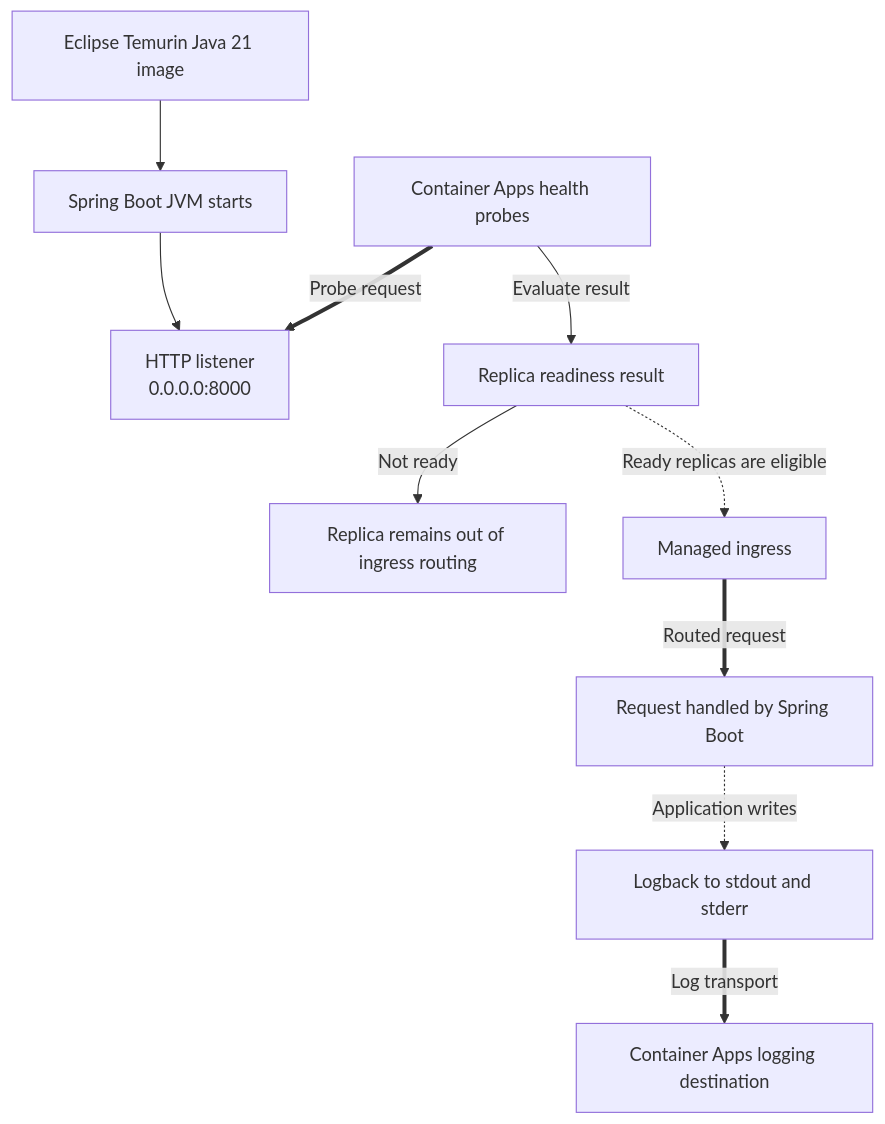
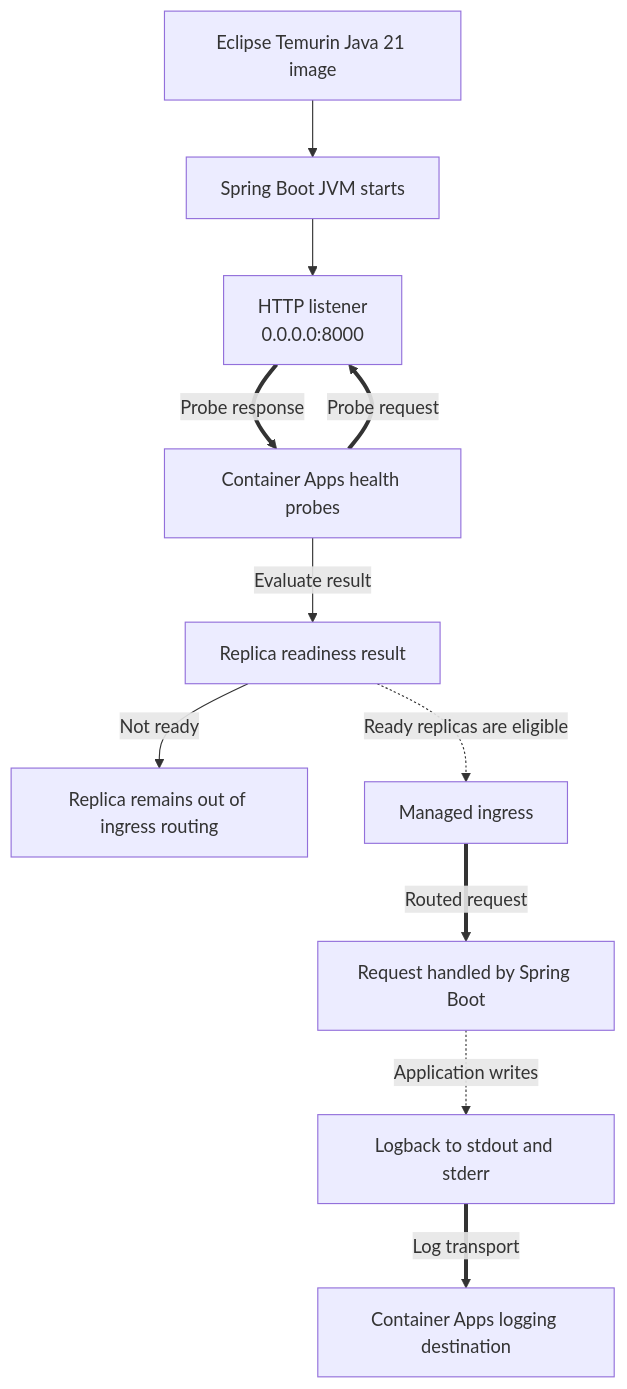
Before and after one commit to yeongseon/azure-container-apps-practical-guide: the diagram in docs/language-guides/java/java-runtime.md, drawn with Mermaid. The commit also changed other lines of this file and 15 other files, not shown here.

First line of the commit message:
fix(diagrams): correct runtime, tutorial topology and CI/CD diagram paths and record review (#639)

````diff
--- a/docs/language-guides/java/java-runtime.md
+++ b/docs/language-guides/java/java-runtime.md
@@ -21,24 +21,25 @@
 ```mermaid
 flowchart TD
     accTitle: Java runtime execution model in Container Apps
-    accDescr: A revision starts the selected Eclipse Temurin image and Spring Boot listener. Platform health probes determine readiness, managed ingress routes requests to a ready replica, and Logback console output is collected for logging.
+    accDescr: A revision starts the selected Eclipse Temurin image and Spring Boot listener. Platform probes send a request to the listener, the listener returns a probe response, and the platform evaluates readiness before managed ingress routes requests to ready replicas. Logback output follows a separate logging path.
     IMAGE[Eclipse Temurin Java 21 image]
     START[Spring Boot JVM starts]
     LISTEN[HTTP listener<br/>0.0.0.0:8000]
     PROBES[Container Apps health probes]
     READY[Replica readiness result]
     NOT_READY[Replica remains out of ingress routing]
     INGRESS[Managed ingress]
     REQUEST[Request handled by Spring Boot]
     CONSOLE[Logback to stdout and stderr]
     LOGS[Container Apps logging destination]
 
     IMAGE --> START --> LISTEN
     PROBES ==>|"Probe request"| LISTEN
+    LISTEN ==>|"Probe response"| PROBES
     PROBES -->|"Evaluate result"| READY
     READY -.->|"Ready replicas are eligible"| INGRESS
     READY -->|"Not ready"| NOT_READY
     INGRESS ==>|"Routed request"| REQUEST
     REQUEST -.->|"Application writes"| CONSOLE
     CONSOLE ==>|"Log transport"| LOGS
 ```
````
